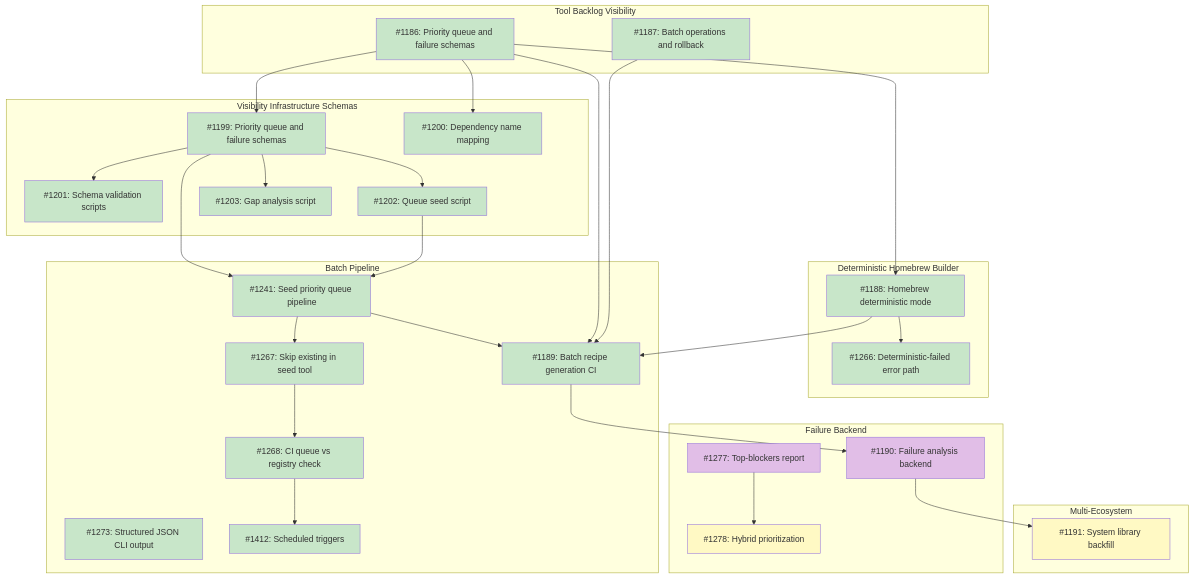
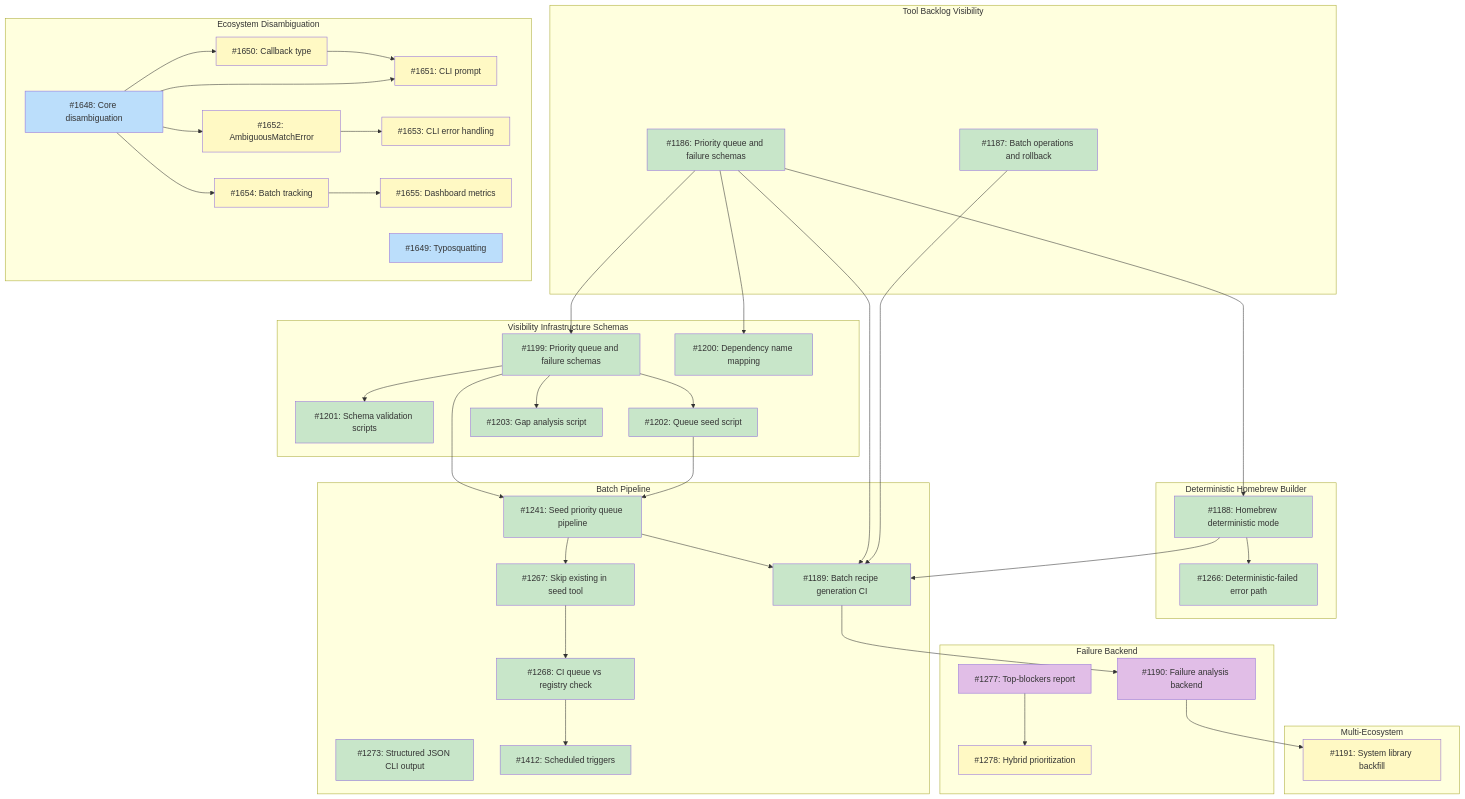
The diagram in docs/designs/DESIGN-registry-scale-strategy.md (tsukumogami/tsuku), drawn with Mermaid before and after one commit. The commit also changed other lines of this file and 2 other files, not shown here.

Commit message:
docs(disambiguation): add design and implementation issues (#1647)
Add design document for disambiguation of multiple ecosystem matches.

This design addresses issue #1321 and implements the "Disambiguation
Strategy"
section of DESIGN-discovery-resolver.md.

Key design decisions:
- Popularity-based auto-select with >10x threshold plus secondary
signals
  (version count ≥3, has repository)
- Prompt when popularity data is missing - never auto-select on priority
alone
- Typosquatting detection via Levenshtein distance ≤2 against registry
entries
- Batch pipeline tracking with HighRisk flag for priority-fallback
selections

Added implementation issues under milestone "Ecosystem Disambiguation"
(M81):
- #1648-#1655 covering core logic, typosquatting,
interactive/non-interactive
  modes, and batch integration

````diff
--- a/docs/designs/DESIGN-registry-scale-strategy.md
+++ b/docs/designs/DESIGN-registry-scale-strategy.md
@@ -113,6 +126,17 @@
         I1191["#1191: System library backfill"]
     end
 
+    subgraph M_Disambiguation["Ecosystem Disambiguation"]
+        I1648["#1648: Core disambiguation"]
+        I1649["#1649: Typosquatting"]
+        I1650["#1650: Callback type"]
+        I1651["#1651: CLI prompt"]
+        I1652["#1652: AmbiguousMatchError"]
+        I1653["#1653: CLI error handling"]
+        I1654["#1654: Batch tracking"]
+        I1655["#1655: Dashboard metrics"]
+    end
+
     I1186 --> I1199
     I1186 --> I1200
     I1199 --> I1201
@@ -132,6 +156,13 @@
     I1189 --> I1190
     I1190 --> I1191
     I1277 --> I1278
+    I1648 --> I1650
+    I1650 --> I1651
+    I1648 --> I1651
+    I1648 --> I1652
+    I1652 --> I1653
+    I1648 --> I1654
+    I1654 --> I1655
 
     classDef done fill:#c8e6c9
     classDef ready fill:#bbdefb
@@ -156,4 +187,6 @@
     class I1278 blocked
     class I1412 done
     class I1191 blocked
+    class I1648,I1649 ready
+    class I1650,I1651,I1652,I1653,I1654,I1655 blocked
 ```
````
